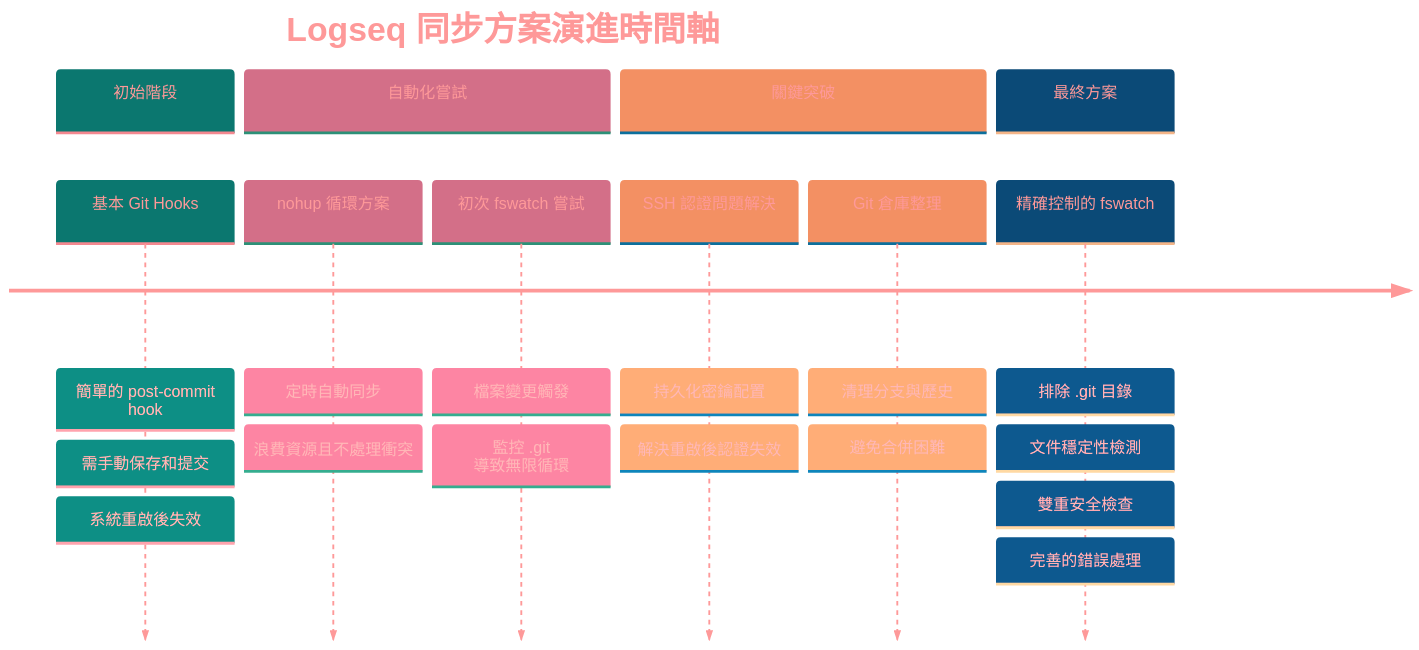
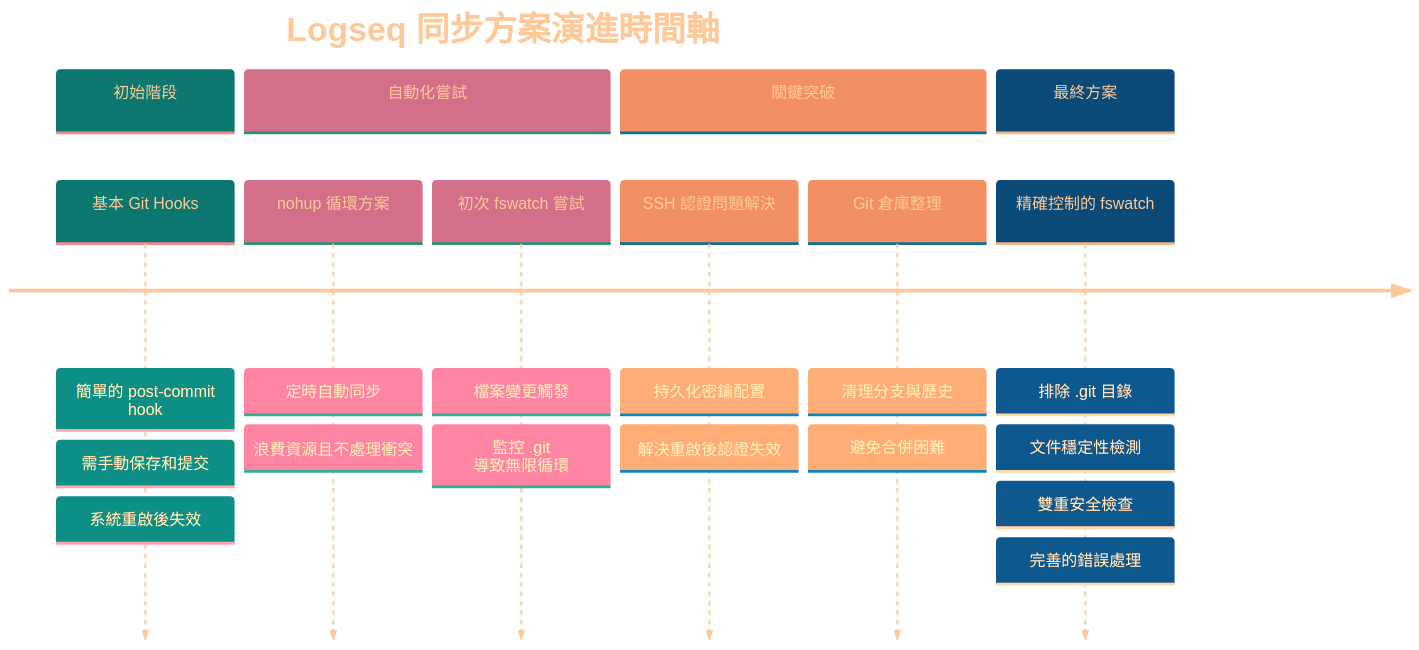
One commit to GengGeng026/Sync-Logseq changed the first of 2 diagrams in Logseq同步方案演進記錄.md. Above: the diagram before and after it, drawn with Mermaid.

Commit message:
Auto-sync: Wed Mar 26 10:04:18 +08 2025

````diff
--- a/Logseq同步方案演進記錄.md
+++ b/Logseq同步方案演進記錄.md
@@ -24,38 +24,38 @@
 ```mermaid
 %%{init: {
   'theme': 'base', 
   'themeVariables': {
-    'primaryTextColor': '#FE9999',
+    'primaryTextColor': '#FEC999',
     'primaryColor': '#19E9D9',
     'secondaryColor': '#F1D1D9',
     'tertiaryColor': '#FCE4D9',
     'primaryBorderColor': '#A9D9D9',
     'background': 'transparent',
     'clusterBkg': 'transparent',
     'fontFamily': 'default',
     'fontSize': '17px',
     'fontWeight': 'normal'
   }
 }}%%
 timeline
     title Logseq 同步方案演進時間軸
     section 初始階段
         基本 Git Hooks : 簡單的 post-commit hook
         : 需手動保存和提交
         : 系統重啟後失效
     section 自動化嘗試
         nohup 循環方案 : 定時自動同步
         : 浪費資源且不處理衝突
         初次 fswatch 嘗試 : 檔案變更觸發
         : 監控 .git 導致無限循環
     section 關鍵突破
         SSH 認證問題解決 : 持久化密鑰配置
         : 解決重啟後認證失效
         Git 倉庫整理 : 清理分支與歷史
         : 避免合併困難
     section 最終方案
         精確控制的 fswatch : 排除 .git 目錄
         : 文件穩定性檢測
         : 雙重安全檢查
         : 完善的錯誤處理
 ```
````
